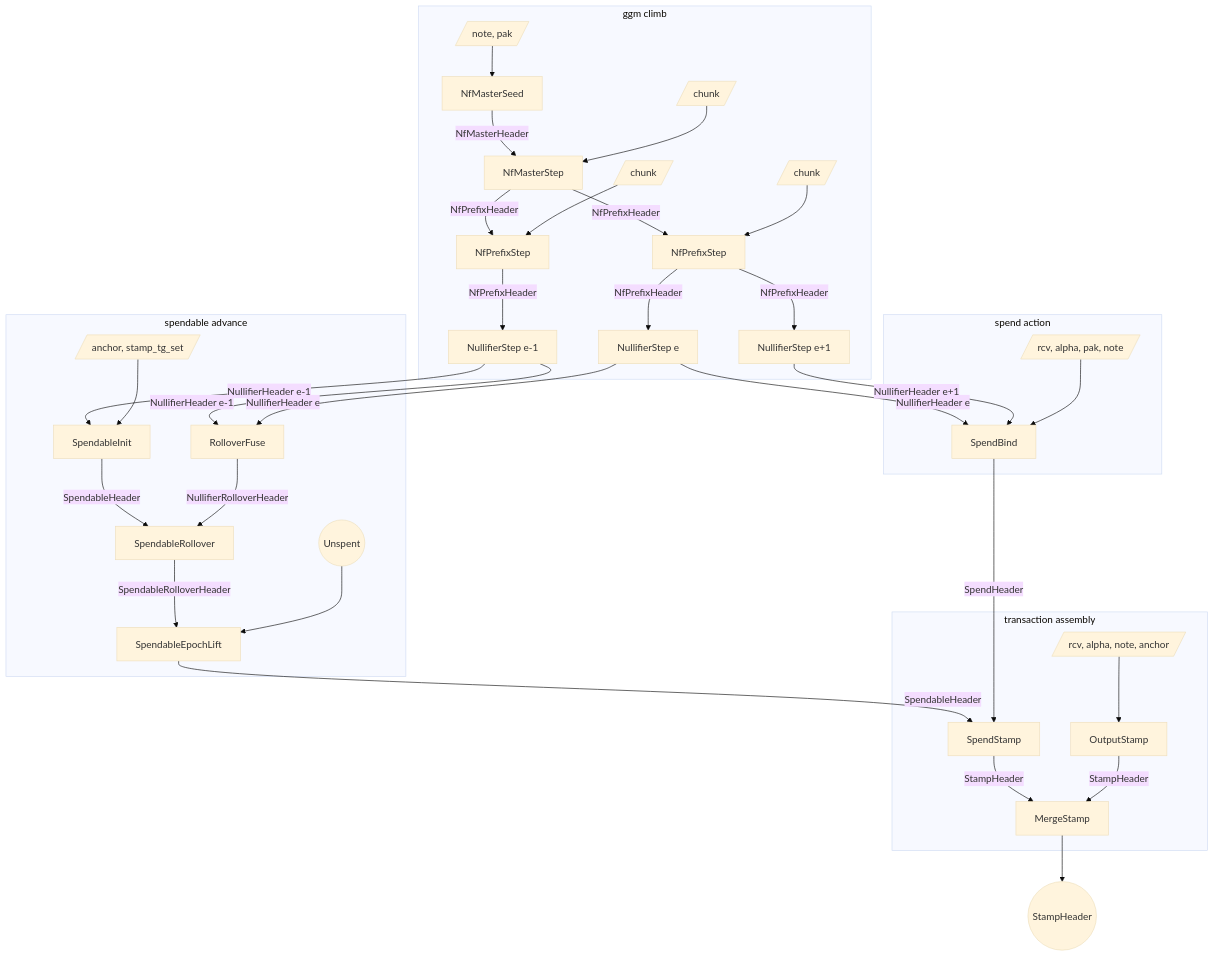
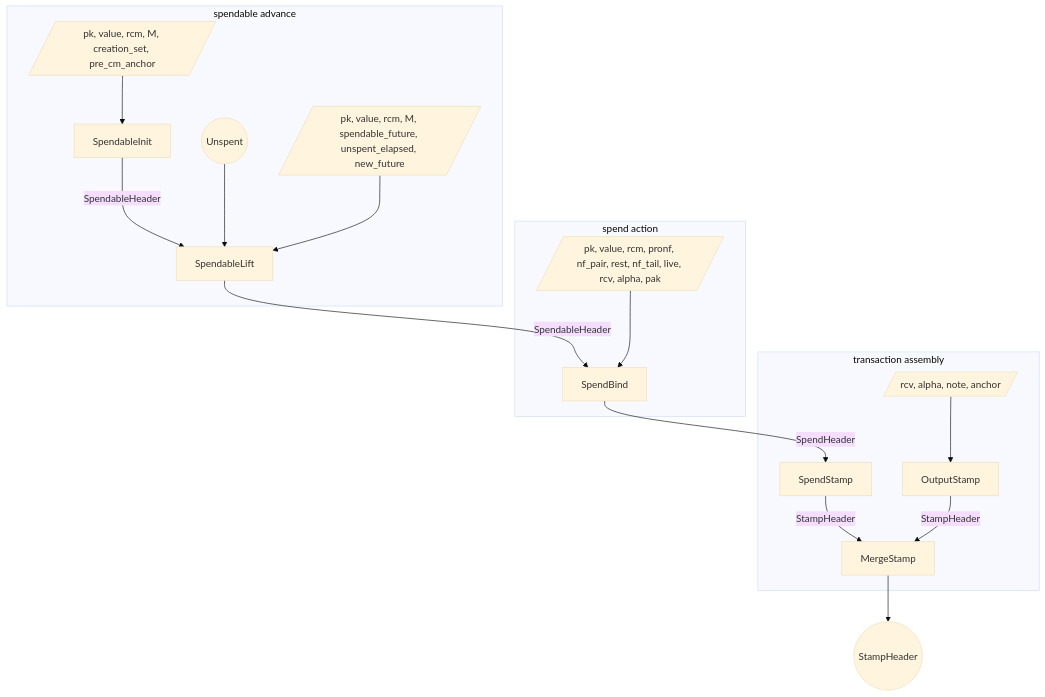
The first of 4 diagrams in book/src/proof-tree.md (tachyon-zcash/tachyon), drawn with Mermaid (base theme) before and after one commit. The commit also changed other lines of this file and 31 other files, not shown here.

````diff
--- a/book/src/proof-tree.md
+++ b/book/src/proof-tree.md
@@ -151,73 +168,40 @@
 ```mermaid
 flowchart TB
-  subgraph ggm [ggm climb]
-    w_master[/note, pak/]
-    s_master[NfMasterSeed]
-    w_chunk_m[/chunk/]
-    s_first_m[NfMasterStep]
-    w_chunk_old[/chunk/]
-    s_prefix_old[NfPrefixStep]
-    s_leaf_old[NullifierStep e-1]
-    w_chunk_p[/chunk/]
-    s_prefix[NfPrefixStep]
-    s_leaf_now[NullifierStep e]
-    s_leaf_next[NullifierStep e+1]
-  end
-
   subgraph spendable [spendable advance]
-    w_init[/anchor, stamp_tg_set/]
+    w_init[/pk, value, rcm, M, creation_set, pre_cm_anchor/]
     s_init[SpendableInit]
-    s_rfuse[RolloverFuse]
-    s_rollover[SpendableRollover]
-    s_epochlift[SpendableEpochLift]
-    unspent_new((Unspent))
+    w_lift[/pk, value, rcm, M, spendable_future, unspent_elapsed, new_future/]
+    s_lift[SpendableLift]
+    unspent_in((Unspent))
   end
 
   subgraph spend_action [spend action]
-    w_spendbind[/rcv, alpha, pak, note/]
-    s_spendbind[SpendBind]
+    w_bind[/pk, value, rcm, pronf, nf_pair, rest, nf_tail, live, rcv, alpha, pak/]
+    s_bind[SpendBind]
   end
 
   subgraph merge [transaction assembly]
     s_spendstamp[SpendStamp]
 
     w_output[/rcv, alpha, note, anchor/]
     s_output[OutputStamp]
 
     s_merge[MergeStamp]
   end
 
   stamp_out((StampHeader))
 
-  w_master --> s_master
-  s_master -->|NfMasterHeader| s_first_m
-  w_chunk_m --> s_first_m
-  s_first_m -->|NfPrefixHeader| s_prefix_old
-  w_chunk_old --> s_prefix_old
-  s_prefix_old -->|NfPrefixHeader| s_leaf_old
-  s_first_m -->|NfPrefixHeader| s_prefix
-  w_chunk_p --> s_prefix
-  s_prefix -->|NfPrefixHeader| s_leaf_now
-  s_prefix -->|NfPrefixHeader| s_leaf_next
+  w_init --> s_init
+  s_init -->|SpendableHeader| s_lift
+  unspent_in --> s_lift
+  w_lift --> s_lift
+  s_lift -->|SpendableHeader| s_bind
 
-  s_leaf_old -->|NullifierHeader e-1| s_init
-  w_init --> s_init
-  s_init -->|SpendableHeader| s_rollover
-
-  s_leaf_old -->|NullifierHeader e-1| s_rfuse
-  s_leaf_now -->|NullifierHeader e| s_rfuse
-  s_rfuse -->|NullifierRolloverHeader| s_rollover
-  s_rollover -->|SpendableRolloverHeader| s_epochlift
-  unspent_new --> s_epochlift
-  s_epochlift -->|SpendableHeader| s_spendstamp
-
-  s_leaf_now -->|NullifierHeader e| s_spendbind
-  s_leaf_next -->|NullifierHeader e+1| s_spendbind
-  w_spendbind --> s_spendbind
-  s_spendbind -->|SpendHeader| s_spendstamp
+  w_bind --> s_bind
+  s_bind -->|SpendHeader| s_spendstamp
 
   w_output --> s_output
   s_spendstamp -->|StampHeader| s_merge
   s_output -->|StampHeader| s_merge
   s_merge --> stamp_out
 ```
````
